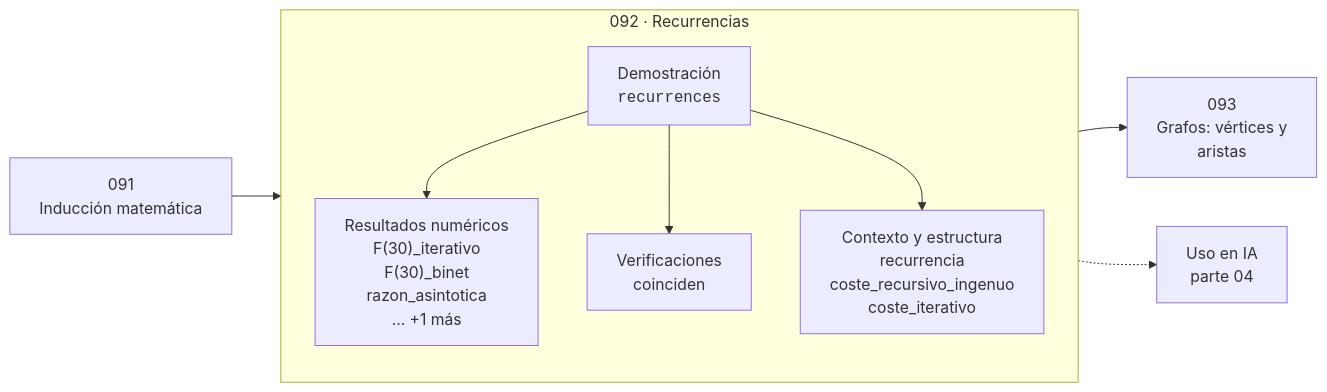
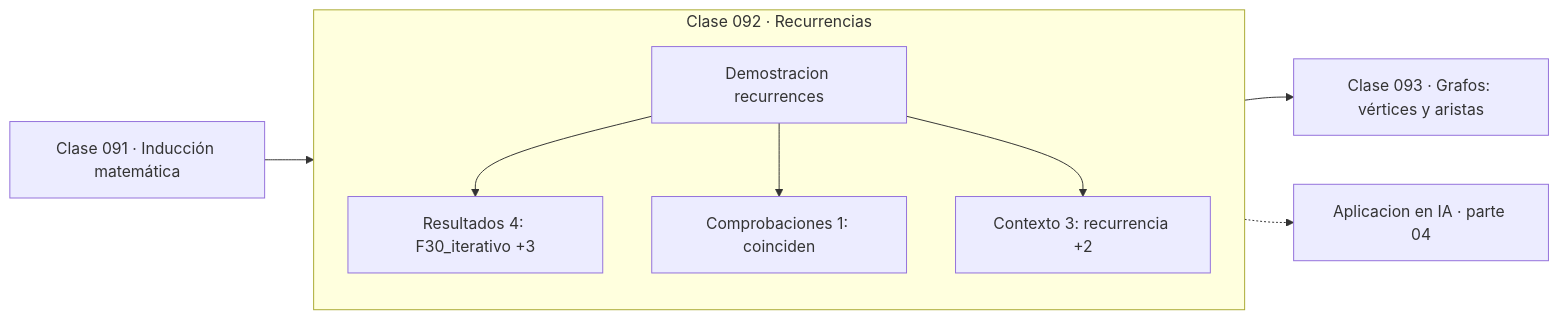
One commit to vladimiracunadev-create/computational-mathematics-program changed the diagram in classes/part-04-matematica-discreta-para-computacion/092-recurrencias/README.md. Above: the diagram before and after it, drawn with Mermaid. The commit also changed other lines of this file and 389 other files, not shown here.

First line of the commit message:
fix(diagramas): elimina el HTML de las etiquetas Mermaid

````diff
--- a/classes/part-04-matematica-discreta-para-computacion/092-recurrencias/README.md
+++ b/classes/part-04-matematica-discreta-para-computacion/092-recurrencias/README.md
@@ -30,12 +35,13 @@
 ```mermaid
 flowchart LR
-    P["091<br/>Inducción matemática"] --> C
-    subgraph C["092 · Recurrencias"]
+    P["Clase 091 · Inducción matemática"] --> D
+    subgraph CLASE["Clase 092 · Recurrencias"]
         direction TB
-        D["Demostración<br/><code>recurrences</code>"] --> R["Resultados numéricos<br/>F(30)_iterativo<br/>F(30)_binet<br/>razon_asintotica<br/>… +1 más"]
-        D --> V["Verificaciones<br/>coinciden"]
-        D --> O["Contexto y estructura<br/>recurrencia<br/>coste_recursivo_ingenuo<br/>coste_iterativo"]
+        D["Demostracion recurrences"]
+        D --> R["Resultados 4: F30_iterativo +3"]
+        D --> V["Comprobaciones 1: coinciden"]
+        D --> O["Contexto 3: recurrencia +2"]
     end
-    C --> N["093<br/>Grafos: vértices y<br/>aristas"]
-    C -.-> IA["Uso en IA<br/>parte 04"]
+    R --> N["Clase 093 · Grafos: vértices y aristas"]
+    V -.-> IA["Aplicacion en IA · parte 04"]
 ```
````
